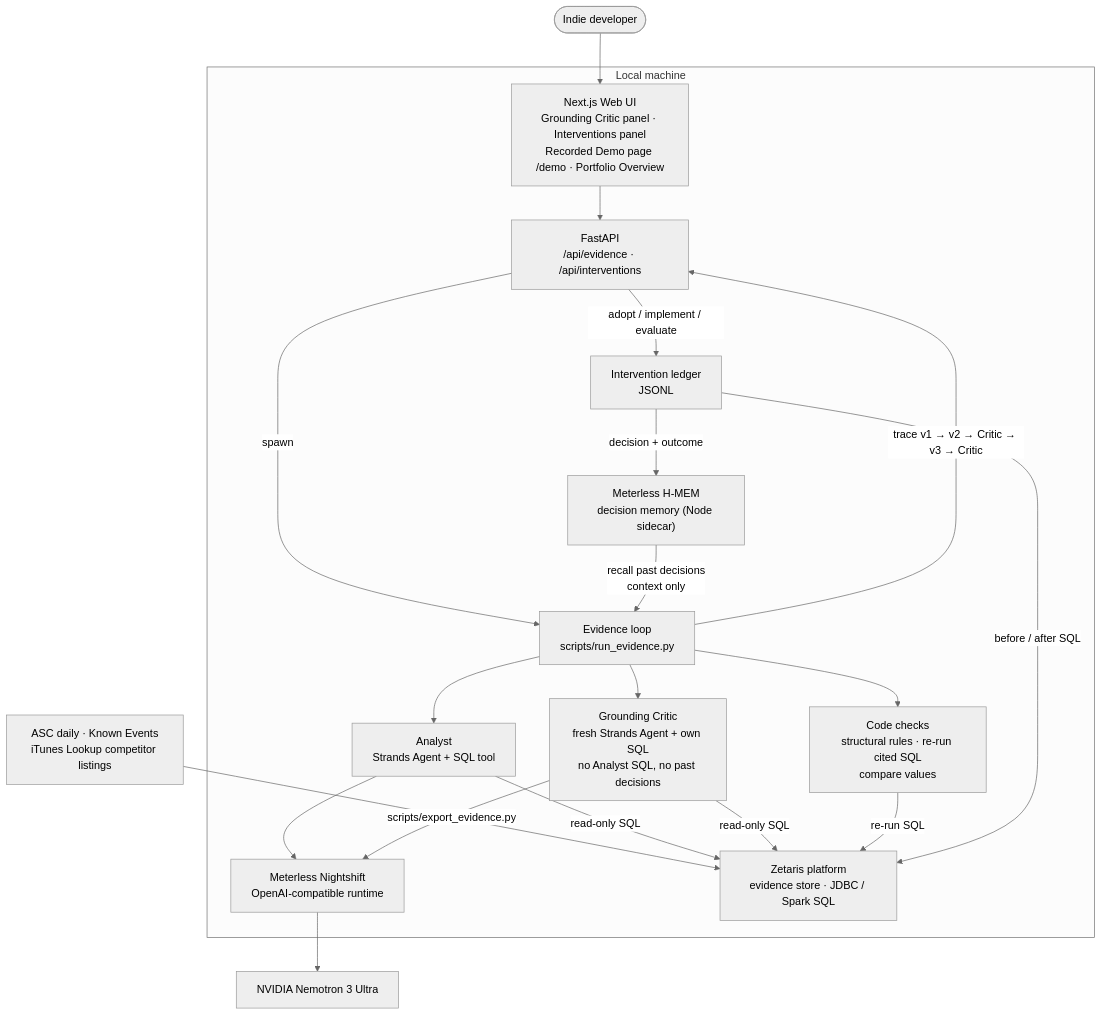
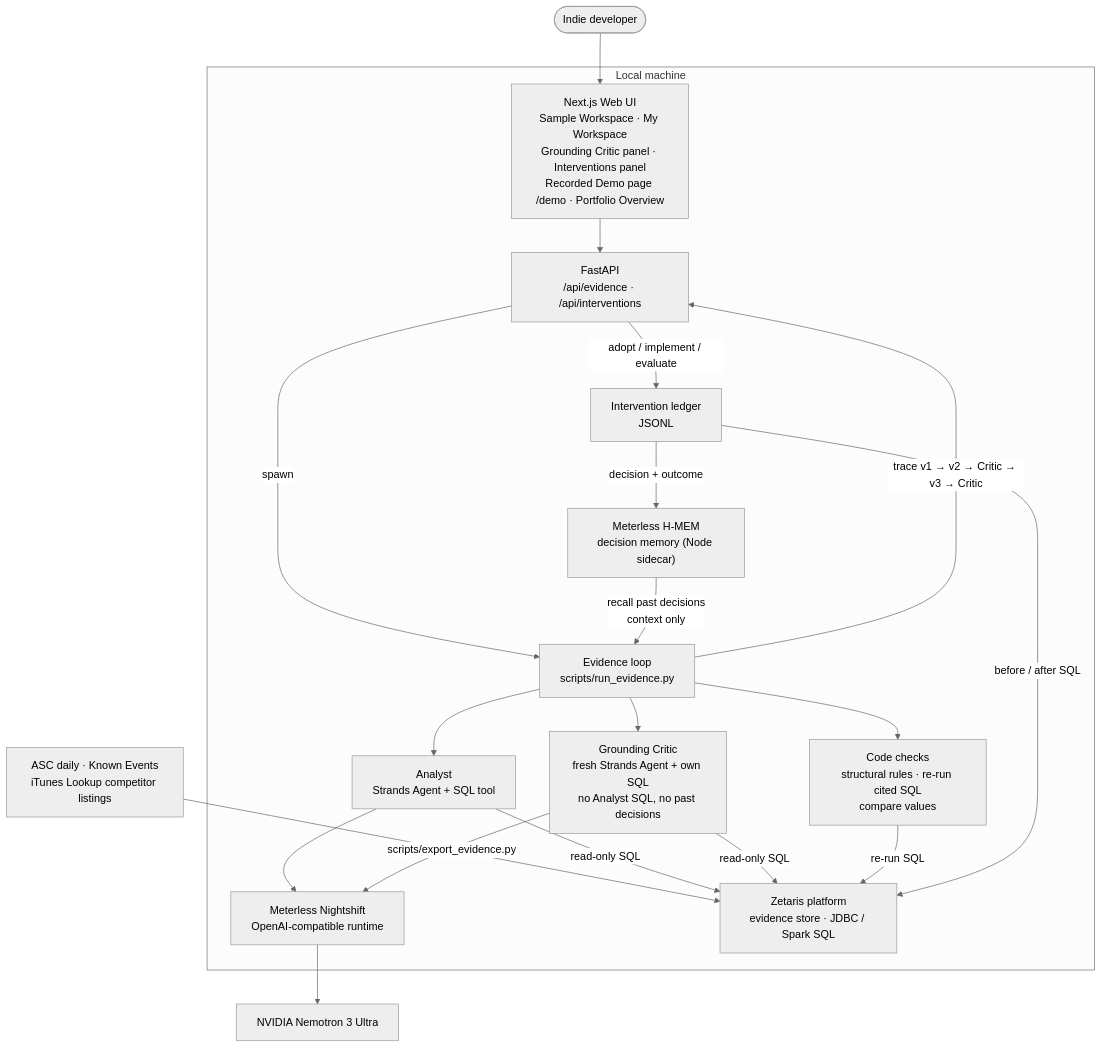
Before and after one commit to yamazakisayuri/indie-growth-agent: the second of 2 diagrams in README.ja.md, drawn with Mermaid. The commit also changed other lines of this file and 35 other files, not shown here.

````diff
--- a/README.ja.md
+++ b/README.ja.md
@@ -387,40 +390,40 @@
 ```mermaid
 %%{init: {"theme": "neutral"}}%%
 flowchart TB
   dev([Indie developer])
 
   subgraph local ["Local machine"]
-    ui["Next.js Web UI<br/>Grounding Critic panel · Interventions panel<br/>Recorded Demo page /demo · Portfolio Overview"]
+    ui["Next.js Web UI<br/>Sample Workspace · My Workspace<br/>Grounding Critic panel · Interventions panel<br/>Recorded Demo page /demo · Portfolio Overview"]
     api["FastAPI<br/>/api/evidence · /api/interventions"]
     loop["Evidence loop<br/>scripts/run_evidence.py"]
     analyst["Analyst<br/>Strands Agent + SQL tool"]
     critic["Grounding Critic<br/>fresh Strands Agent + own SQL<br/>no Analyst SQL, no past decisions"]
     checks["Code checks<br/>structural rules · re-run cited SQL<br/>compare values"]
     ledger["Intervention ledger<br/>JSONL"]
     hmem["Meterless H-MEM<br/>decision memory (Node sidecar)"]
     nightshift["Meterless Nightshift<br/>OpenAI-compatible runtime"]
     zetaris["Zetaris platform<br/>evidence store · JDBC / Spark SQL"]
   end
 
   nvidia["NVIDIA Nemotron 3 Ultra"]
   sources["ASC daily · Known Events<br/>iTunes Lookup competitor listings"]
 
   sources -->|scripts/export_evidence.py| zetaris
   dev --> ui
   ui --> api
   api -->|spawn| loop
   hmem -->|recall past decisions<br/>context only| loop
   loop --> analyst
   loop --> critic
   loop --> checks
   analyst -->|read-only SQL| zetaris
   critic -->|read-only SQL| zetaris
   checks -->|re-run SQL| zetaris
   analyst --> nightshift
   critic --> nightshift
   nightshift --> nvidia
   loop -->|trace v1 → v2 → Critic → v3 → Critic| api
   api -->|adopt / implement / evaluate| ledger
   ledger -->|before / after SQL| zetaris
   ledger -->|decision + outcome| hmem
 ```
````
